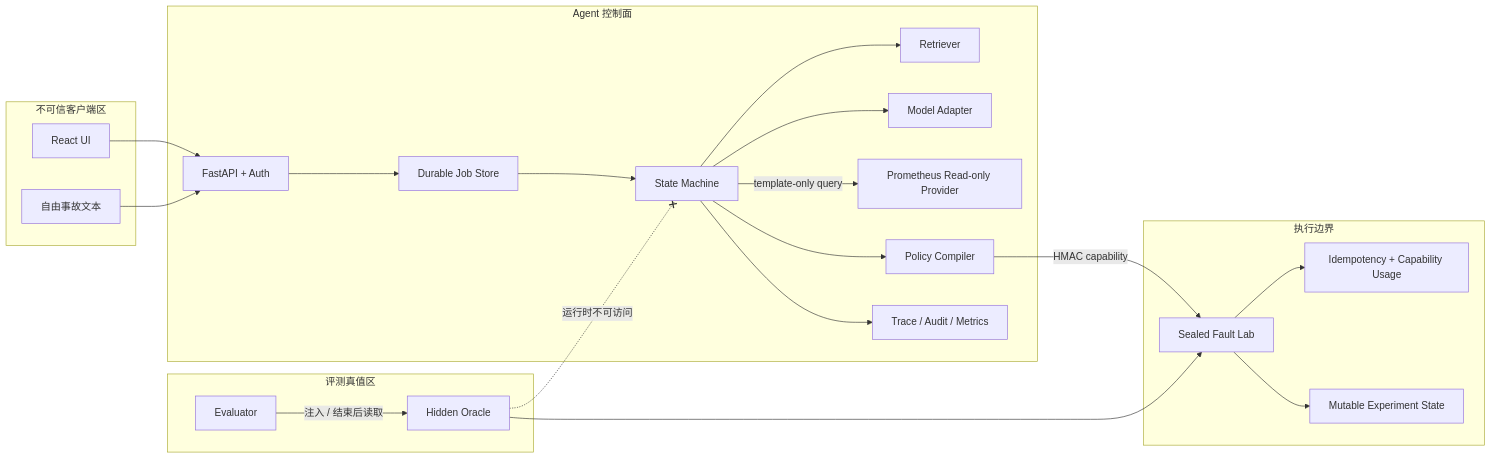
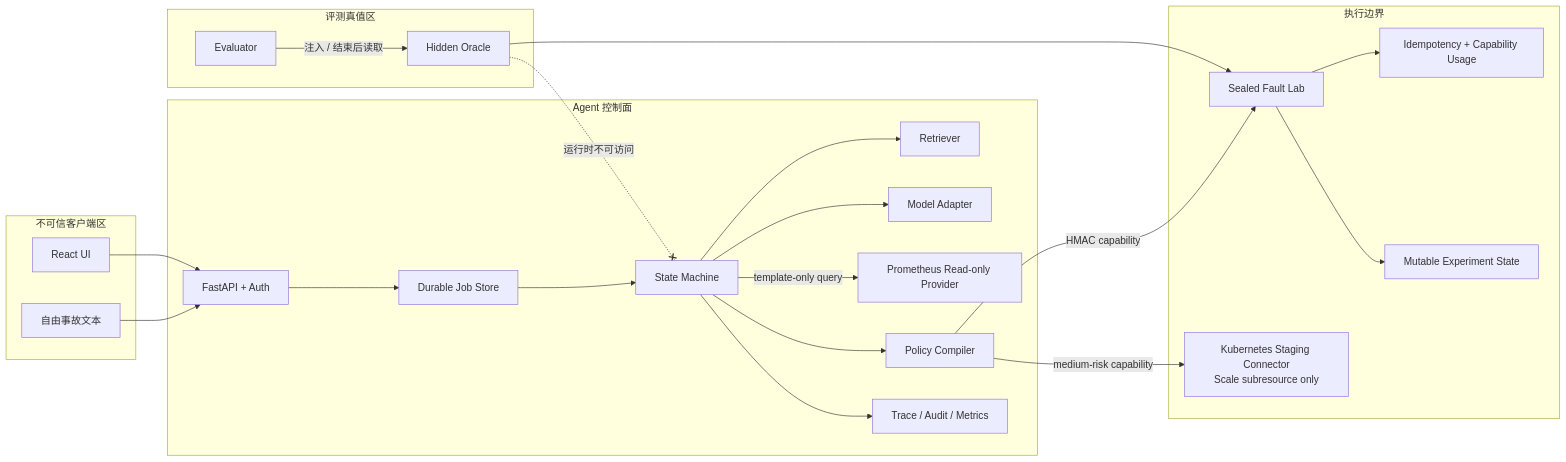
Before and after one commit to tianhao8687/shou-ba-shou-jiaoxue-ai-agent: the first of 2 diagrams in docs/architecture.md, drawn with Mermaid. The commit also changed other lines of this file and 51 other files, not shown here.

````diff
--- a/docs/architecture.md
+++ b/docs/architecture.md
@@ -28,42 +30,44 @@
 ```mermaid
 flowchart LR
     subgraph Client["不可信客户端区"]
       UI["React UI"]
       INCIDENT["自由事故文本"]
     end
     subgraph Control["Agent 控制面"]
       API["FastAPI + Auth"]
       JOB["Durable Job Store"]
       ENGINE["State Machine"]
       RAG["Retriever"]
       MODEL["Model Adapter"]
       PROM["Prometheus Read-only Provider"]
       POLICY["Policy Compiler"]
       AUDIT["Trace / Audit / Metrics"]
     end
     subgraph Execution["执行边界"]
       LAB["Sealed Fault Lab"]
+      KUBE["Kubernetes Staging Connector<br/>Scale subresource only"]
       IDEM["Idempotency + Capability Usage"]
       STATE["Mutable Experiment State"]
     end
     subgraph Oracle["评测真值区"]
       EVAL["Evaluator"]
       TRUTH["Hidden Oracle"]
     end
 
     UI --> API
     INCIDENT --> API
     API --> JOB
     JOB --> ENGINE
     ENGINE --> RAG
     ENGINE --> MODEL
     ENGINE -->|"template-only query"| PROM
     ENGINE --> POLICY
     POLICY -->|"HMAC capability"| LAB
+    POLICY -->|"medium-risk capability"| KUBE
     LAB --> IDEM
     LAB --> STATE
     ENGINE --> AUDIT
     EVAL -->|"注入 / 结束后读取"| TRUTH
     TRUTH --> LAB
     TRUTH -. "运行时不可访问" .-x ENGINE
 ```
````
